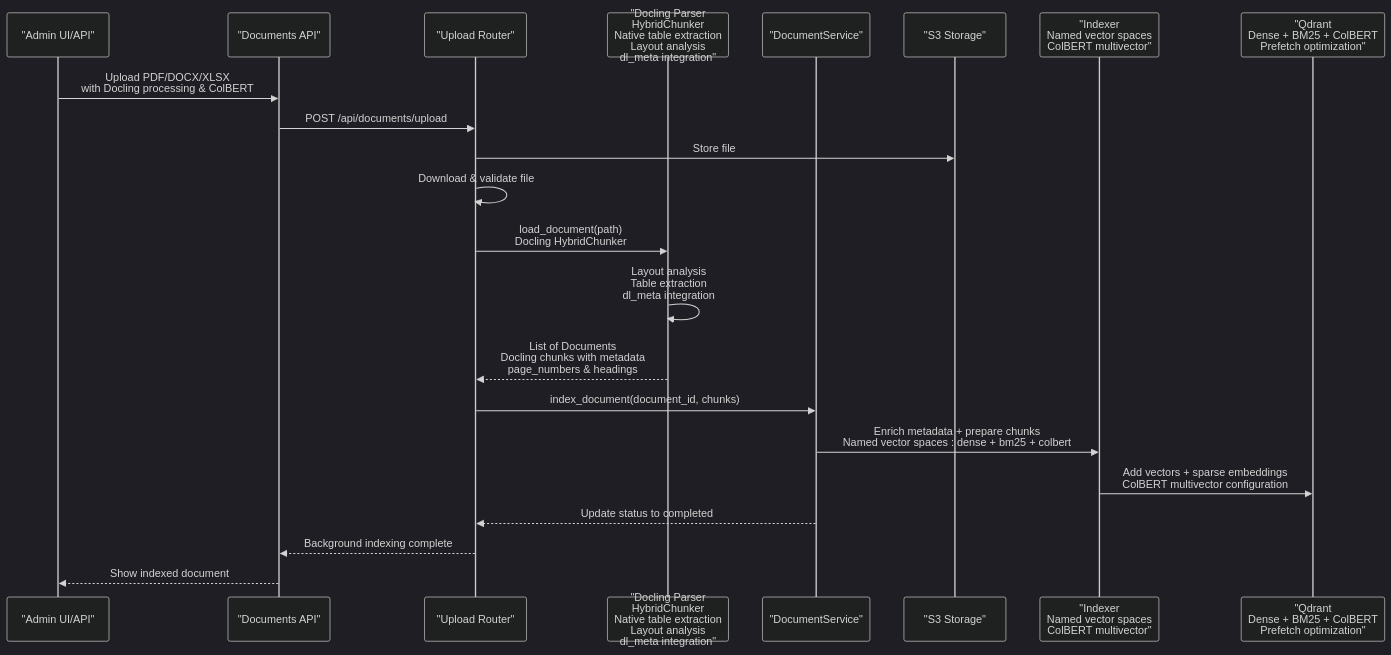
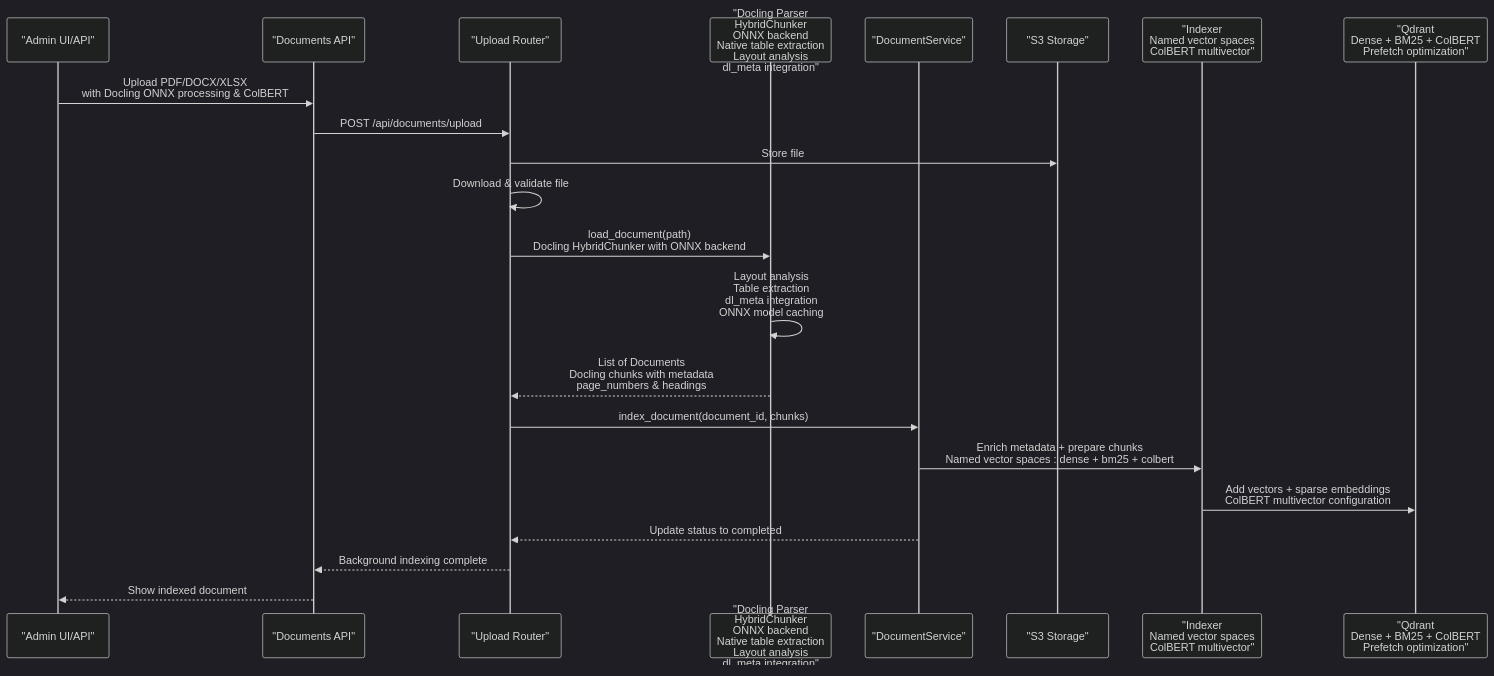
One commit to ognelis/cafetera_hr_bot changed the second of 11 diagrams in .qoder/repowiki/en/content/RAG Integration/RAG Parser Enhancement.md. Above: the diagram before and after it, drawn with Mermaid (dark theme). The commit also changed other lines of this file and 14 other files, not shown here.

````diff
--- a/.qoder/repowiki/en/content/RAG Integration/RAG Parser Enhancement.md
+++ b/.qoder/repowiki/en/content/RAG Integration/RAG Parser Enhancement.md
@@ -173,24 +162,24 @@
 ```mermaid
 sequenceDiagram
 participant Admin as "Admin UI/API"
 participant API as "Documents API"
 participant Upload as "Upload Router"
-participant Parser as "Docling Parser<br/>HybridChunker<br/>Native table extraction<br/>Layout analysis<br/>dl_meta integration"
+participant Parser as "Docling Parser<br/>HybridChunker<br/>ONNX backend<br/>Native table extraction<br/>Layout analysis<br/>dl_meta integration"
 participant Service as "DocumentService"
 participant S3 as "S3 Storage"
 participant Indexer as "Indexer<br/>Named vector spaces<br/>ColBERT multivector"
 participant Qdrant as "Qdrant<br/>Dense + BM25 + ColBERT<br/>Prefetch optimization"
-Admin->>API : Upload PDF/DOCX/XLSX<br/>with Docling processing & ColBERT
+Admin->>API : Upload PDF/DOCX/XLSX<br/>with Docling ONNX processing & ColBERT
 API->>Upload : POST /api/documents/upload
 Upload->>S3 : Store file
 Upload->>Upload : Download & validate file
-Upload->>Parser : load_document(path)<br/>Docling HybridChunker
-Parser->>Parser : Layout analysis<br/>Table extraction<br/>dl_meta integration
+Upload->>Parser : load_document(path)<br/>Docling HybridChunker with ONNX backend
+Parser->>Parser : Layout analysis<br/>Table extraction<br/>dl_meta integration<br/>ONNX model caching
 Parser-->>Upload : List of Documents<br/>Docling chunks with metadata<br/>page_numbers & headings
 Upload->>Service : index_document(document_id, chunks)
 Service->>Indexer : Enrich metadata + prepare chunks<br/>Named vector spaces : dense + bm25 + colbert
 Indexer->>Qdrant : Add vectors + sparse embeddings<br/>ColBERT multivector configuration
 Service-->>Upload : Update status to completed
 Upload-->>API : Background indexing complete
 API-->>Admin : Show indexed document
 ```
````
